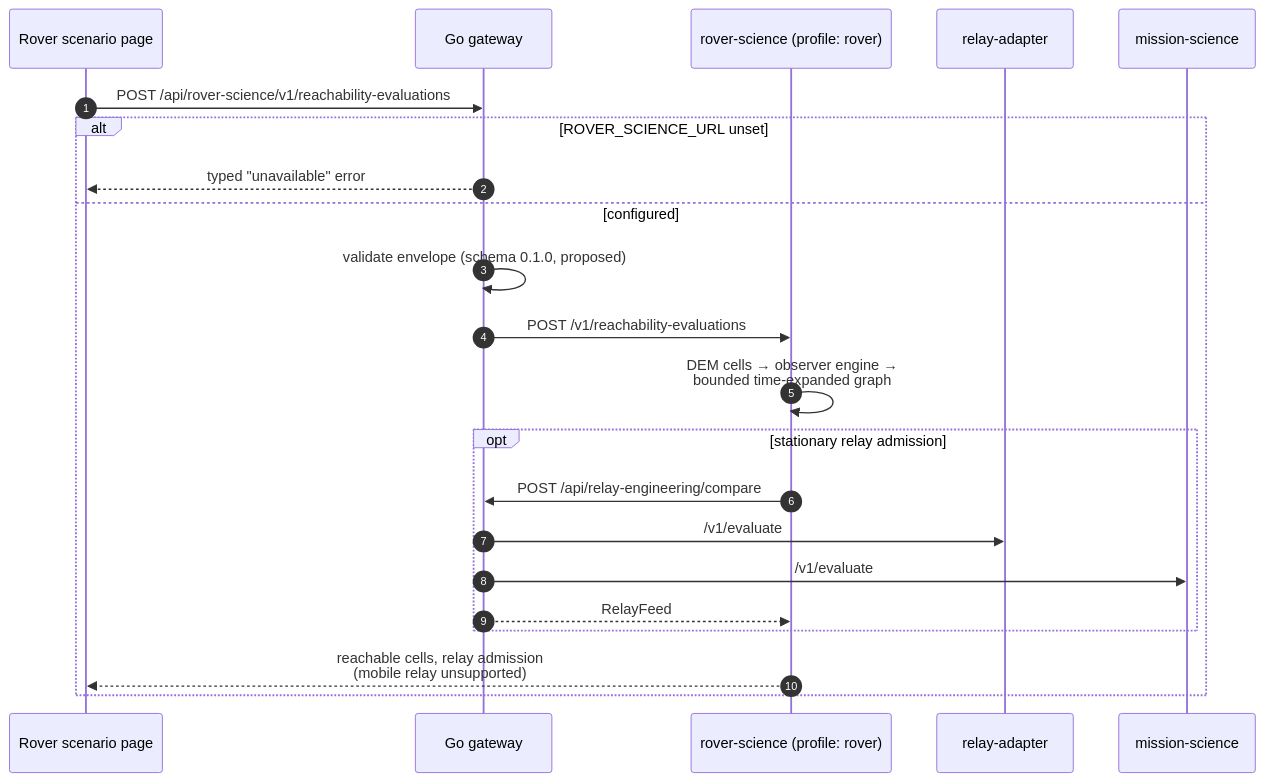
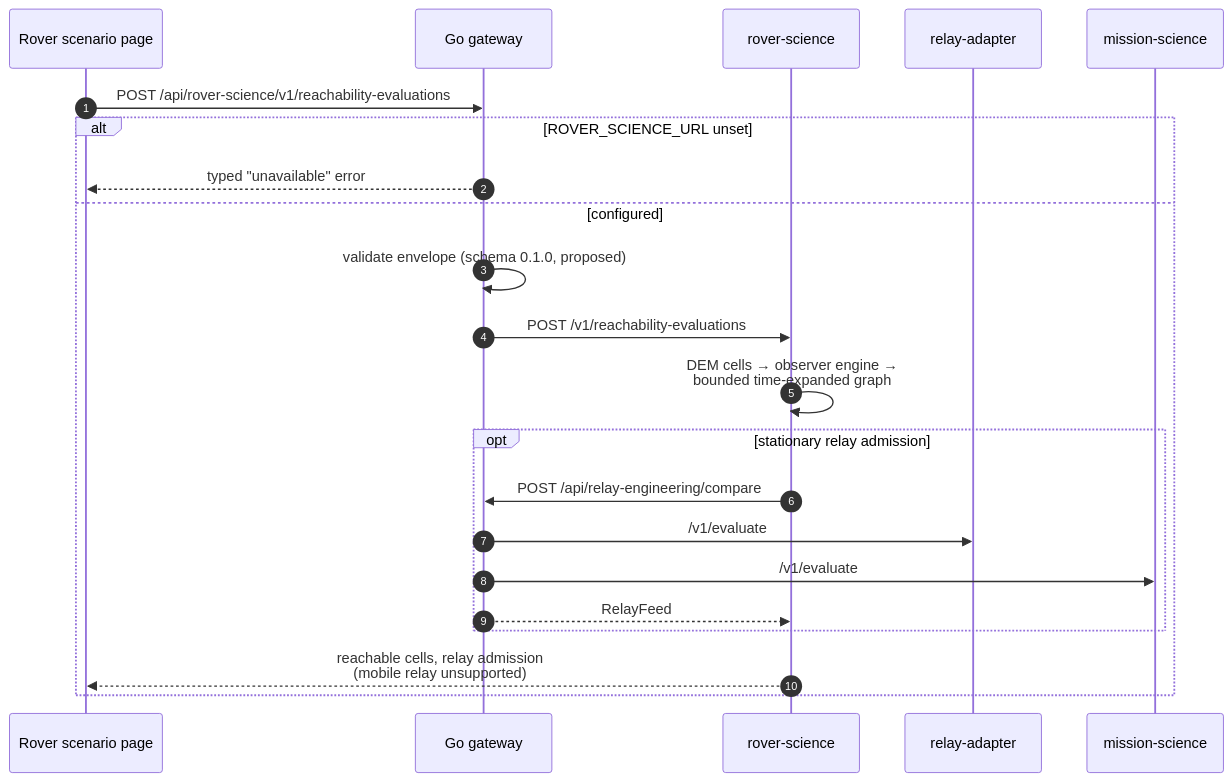
The eighth of 14 diagrams in docs/architecture/system-design.md (PentaHexaKong/nasa-skyline), drawn with Mermaid before and after one commit. The commit also changed other lines of this file and 4 other files, not shown here.

````diff
--- a/docs/architecture/system-design.md
+++ b/docs/architecture/system-design.md
@@ -289,25 +292,25 @@
 ```mermaid
 sequenceDiagram
     autonumber
     participant FE as Rover scenario page
     participant GO as Go gateway
-    participant RV as rover-science (profile: rover)
+    participant RV as rover-science
     participant RA as relay-adapter
     participant MS as mission-science
 
     FE->>GO: POST /api/rover-science/v1/reachability-evaluations
     alt ROVER_SCIENCE_URL unset
         GO-->>FE: typed "unavailable" error
     else configured
         GO->>GO: validate envelope (schema 0.1.0, proposed)
         GO->>RV: POST /v1/reachability-evaluations
         RV->>RV: DEM cells → observer engine →<br/>bounded time-expanded graph
         opt stationary relay admission
             RV->>GO: POST /api/relay-engineering/compare
             GO->>RA: /v1/evaluate
             GO->>MS: /v1/evaluate
             GO-->>RV: RelayFeed
         end
         RV-->>FE: reachable cells, relay admission<br/>(mobile relay unsupported)
     end
 ```
````
